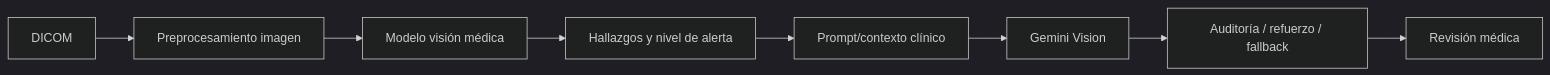
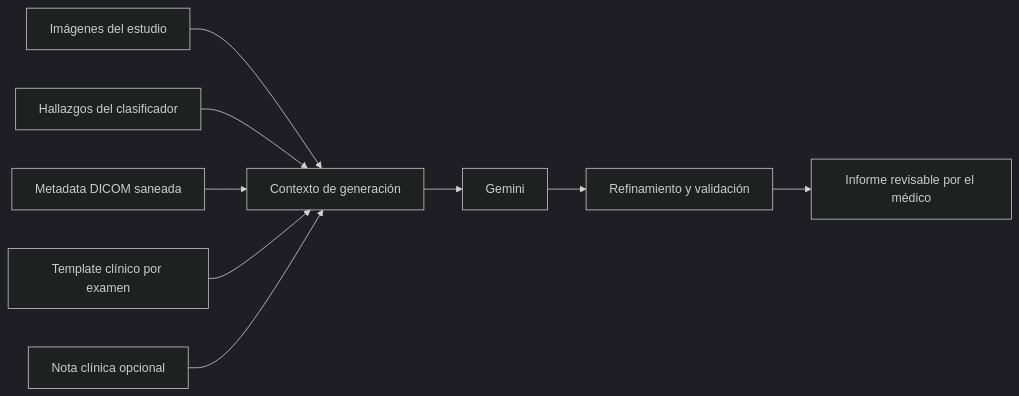
Before and after one commit to VCTorres-Dev/imagiax_dev: the second of 2 diagrams in README.md, drawn with Mermaid (dark theme). The commit also changed other lines of this file and 3 other files, not shown here.

Commit message:
docs: refocus code reading docs on IMAGIAX flow

````diff
--- a/README.md
+++ b/README.md
@@ -92,10 +102,11 @@
 ```mermaid
 flowchart LR
-    A[DICOM] --> B[Preprocesamiento imagen]
-    B --> C[Modelo visión médica]
-    C --> D[Hallazgos y nivel de alerta]
-    D --> E[Prompt/contexto clínico]
-    E --> F[Gemini Vision]
-    F --> G[Auditoría / refuerzo / fallback]
-    G --> H[Revisión médica]
+    A[Imágenes del estudio] --> F[Contexto de generación]
+    B[Hallazgos del clasificador] --> F
+    C[Metadata DICOM saneada] --> F
+    D[Template clínico por examen] --> F
+    E[Nota clínica opcional] --> F
+    F --> G[Gemini]
+    G --> H[Refinamiento y validación]
+    H --> I[Informe revisable por el médico]
 ```
````
